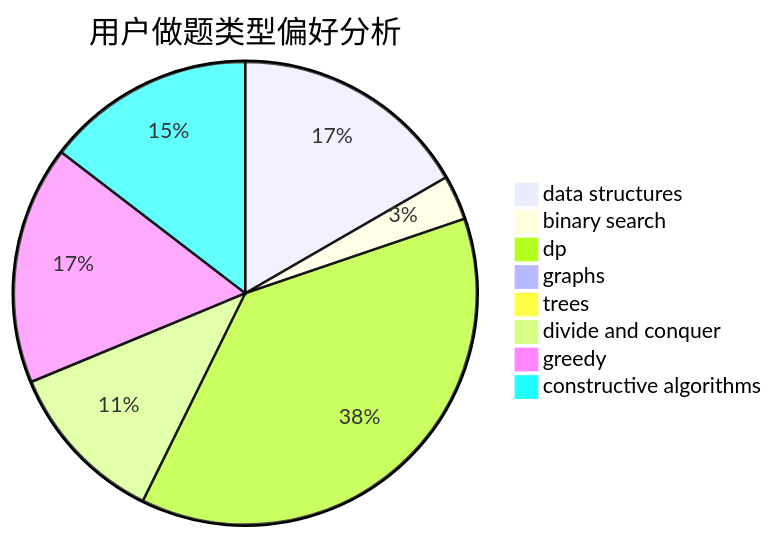
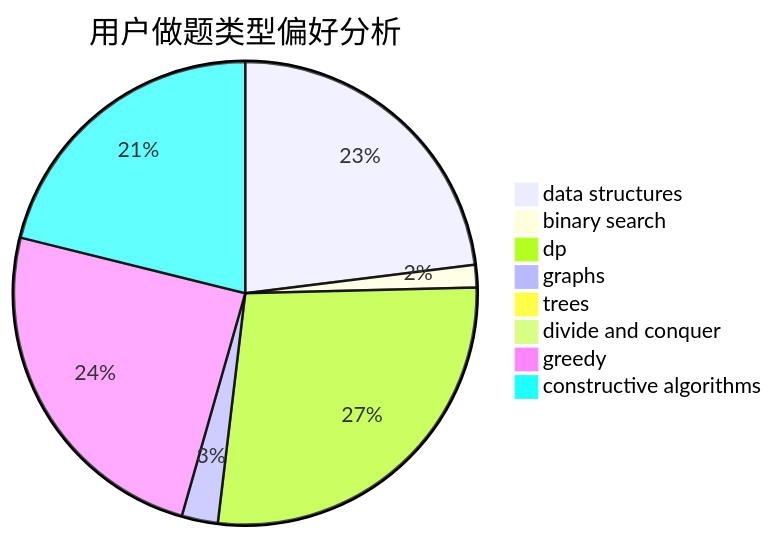
One commit to sherpahu/cfrs.github.io changed the second of 3 diagrams in docs/user/u1572.md. Above: the diagram before and after it, drawn with Mermaid. The commit also changed other lines of this file and 2770 other files, not shown here.

````diff
--- a/docs/user/u1572.md
+++ b/docs/user/u1572.md
@@ -23,11 +23,11 @@
 ```mermaid
 pie title 用户做题类型偏好分析
-    "data structures" :  16
-    "binary search" :  3
-    "dp" :  36
-    "graphs" :  0
-    "trees" :  0
-    "divide and conquer" :  11
-    "greedy" :  16
-    "constructive algorithms" :  14
+    "data structures" :  146
+    "binary search" :  10
+    "dp" :  173
+    "graphs" :  16
+    "trees" :  1
+    "divide and conquer" :  0
+    "greedy" :  155
+    "constructive algorithms" :  134
 ```
````
